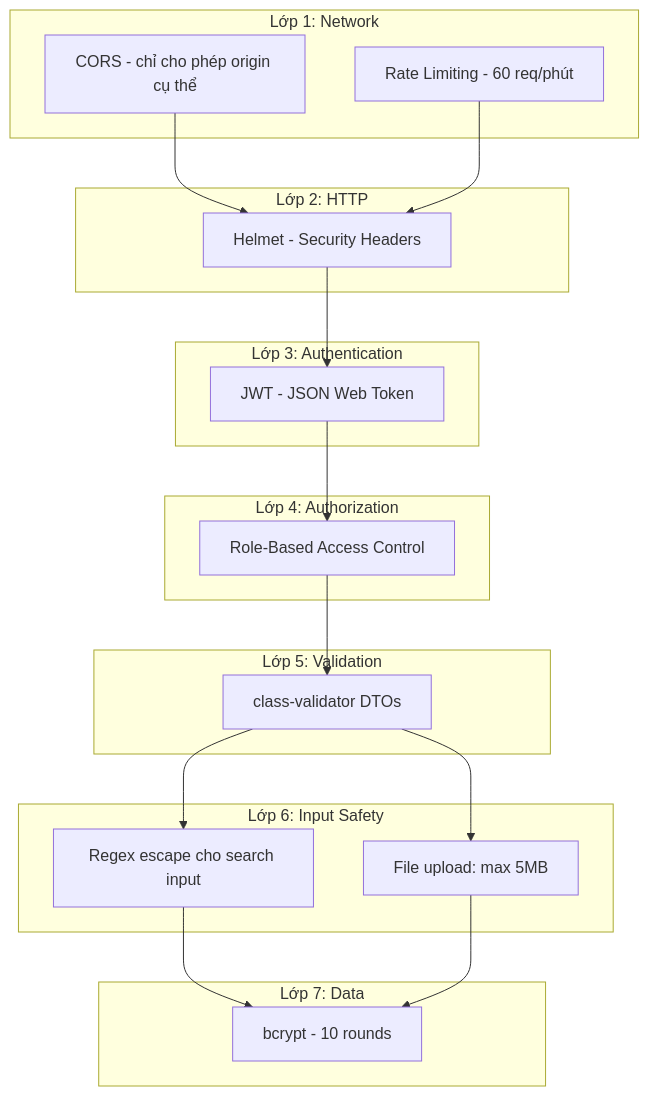
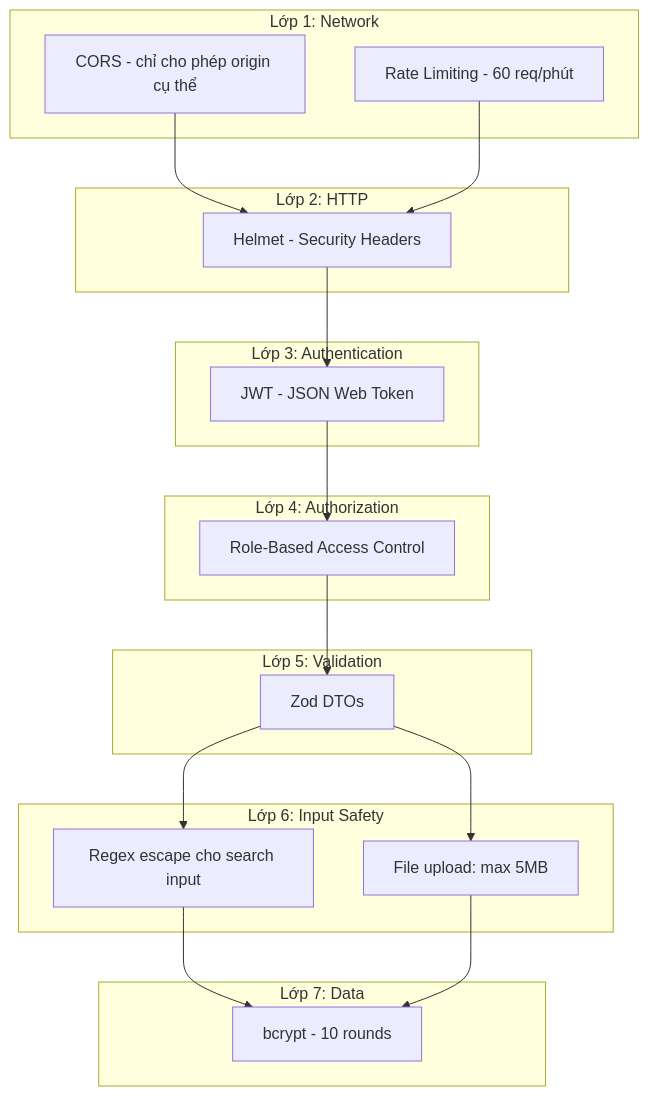
Before and after one commit to nghiaxh/hr-management: diagram 27 of 30 in docs/SDD.md, drawn with Mermaid. The commit also changed other lines of this file and 4 other files, not shown here.

````diff
--- a/docs/SDD.md
+++ b/docs/SDD.md
@@ -1423,41 +1402,41 @@
 ```mermaid
 graph TB
     subgraph "Lớp 1: Network"
         CORS[CORS - chỉ cho phép origin cụ thể]
         RATE[Rate Limiting - 60 req/phút]
     end
 
     subgraph "Lớp 2: HTTP"
         HELMET[Helmet - Security Headers]
         CORS --> HELMET
         RATE --> HELMET
     end
 
     subgraph "Lớp 3: Authentication"
         JWT[JWT - JSON Web Token]
         HELMET --> JWT
     end
 
     subgraph "Lớp 4: Authorization"
         RBAC[Role-Based Access Control]
         JWT --> RBAC
     end
 
     subgraph "Lớp 5: Validation"
-        DTO[class-validator DTOs]
+        DTO[Zod DTOs]
         RBAC --> DTO
     end
 
     subgraph "Lớp 6: Input Safety"
         ESCAPE[Regex escape cho search input]
         SIZE[File upload: max 5MB]
         DTO --> ESCAPE
         DTO --> SIZE
     end
 
     subgraph "Lớp 7: Data"
         BCRYPT[bcrypt - 10 rounds]
         ESCAPE --> BCRYPT
         SIZE --> BCRYPT
     end
 ```
````
